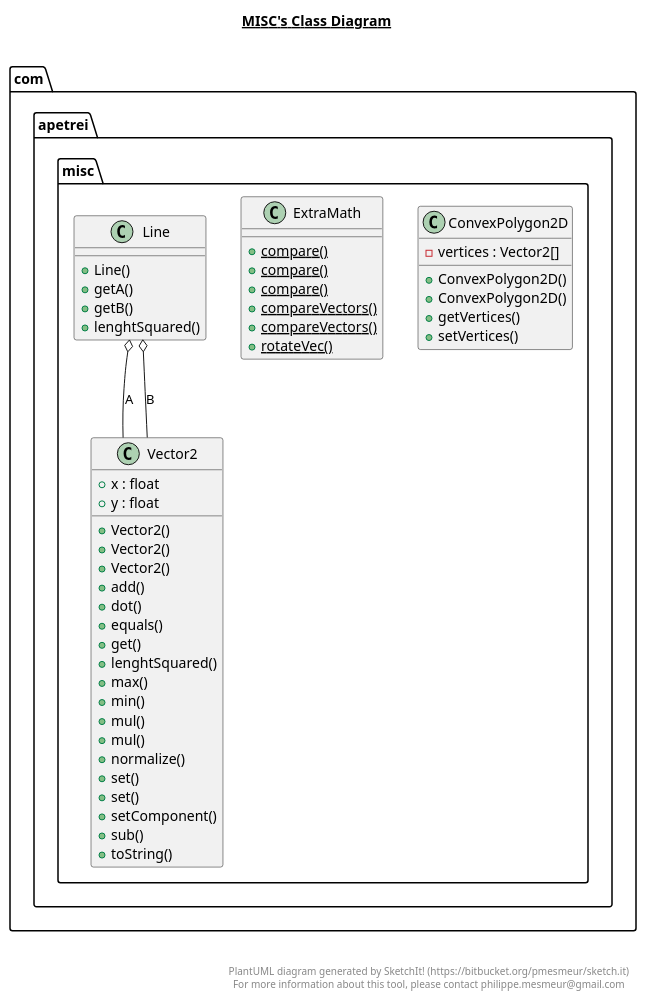
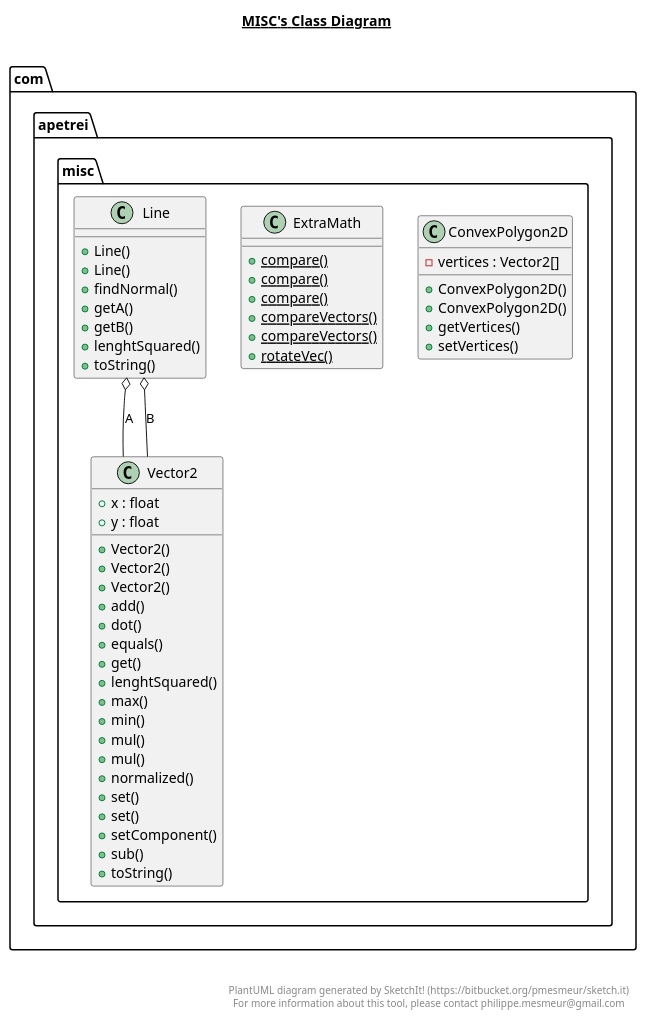
One commit to TheWiseWolfy/Wild-Sky changed the diagram in src/com/apetrei/misc/misc.plantuml. Above: the diagram before and after it, drawn with PlantUML. The commit also changed 18 other files, not shown here.

```diff
--- a/src/com/apetrei/misc/misc.plantuml
+++ b/src/com/apetrei/misc/misc.plantuml
@@ -1,75 +1,78 @@
 @startuml
 
 title __MISC's Class Diagram__\n
 
   namespace com.apetrei.misc {
     class com.apetrei.misc.ConvexPolygon2D {
         - vertices : Vector2[]
         + ConvexPolygon2D()
         + ConvexPolygon2D()
         + getVertices()
         + setVertices()
     }
   }
   
 
   namespace com.apetrei.misc {
     class com.apetrei.misc.ExtraMath {
         {static} + compare()
         {static} + compare()
         {static} + compare()
         {static} + compareVectors()
         {static} + compareVectors()
         {static} + rotateVec()
     }
   }
   
 
   namespace com.apetrei.misc {
     class com.apetrei.misc.Line {
         + Line()
+        + Line()
+        + findNormal()
         + getA()
         + getB()
         + lenghtSquared()
+        + toString()
     }
   }
   
 
   namespace com.apetrei.misc {
     class com.apetrei.misc.Vector2 {
         + x : float
         + y : float
         + Vector2()
         + Vector2()
         + Vector2()
         + add()
         + dot()
         + equals()
         + get()
         + lenghtSquared()
         + max()
         + min()
         + mul()
         + mul()
-        + normalize()
+        + normalized()
         + set()
         + set()
         + setComponent()
         + sub()
         + toString()
     }
   }
   
 
   com.apetrei.misc.Line o-- com.apetrei.misc.Vector2 : A
   com.apetrei.misc.Line o-- com.apetrei.misc.Vector2 : B
 
 
 right footer
 
 
 PlantUML diagram generated by SketchIt! (https://bitbucket.org/pmesmeur/sketch.it)
 For more information about this tool, please contact philippe.mesmeur@gmail.com
 endfooter
 
 @enduml
```
